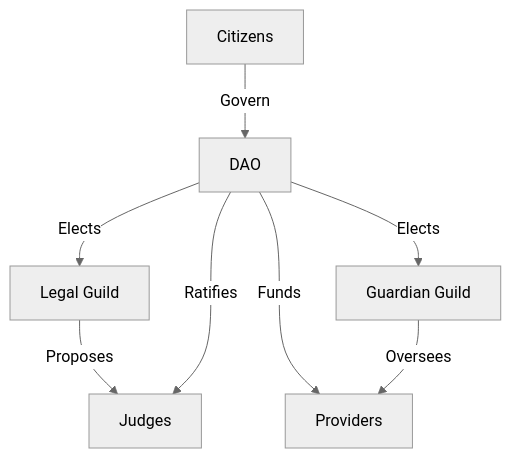
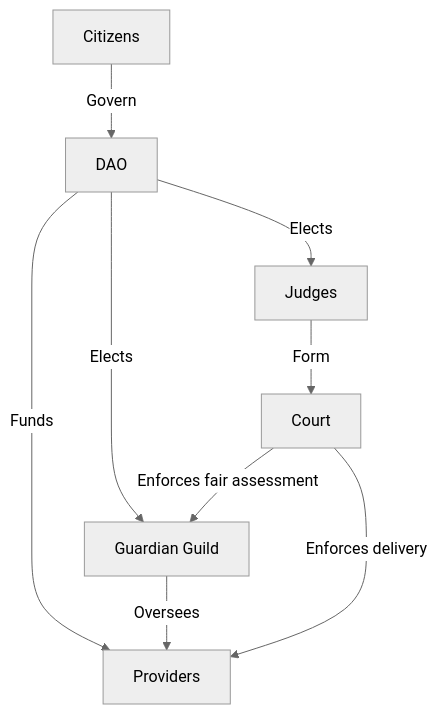
Before and after one commit to nation3/law: the third of 4 diagrams in README.md, drawn with Mermaid (neutral theme). The commit also changed other lines of this file, not shown here.

````diff
--- a/README.md
+++ b/README.md
@@ -46,10 +46,11 @@
 ```mermaid
 graph TD
     Citizens -->|Govern| DAO
-    DAO -->|Elects| Legal[Legal Guild]
-    Legal -->|Proposes| Judges
-    DAO -->|Ratifies| Judges
+    DAO -->|Elects| Judges
+    Judges -->|Form| Court
     DAO -->|Elects| Guardian[Guardian Guild]
     DAO -->|Funds| Providers
     Guardian -->|Oversees| Providers
+    Court -->|Enforces fair assessment| Guardian
+    Court -->|Enforces delivery| Providers
 ```
````
